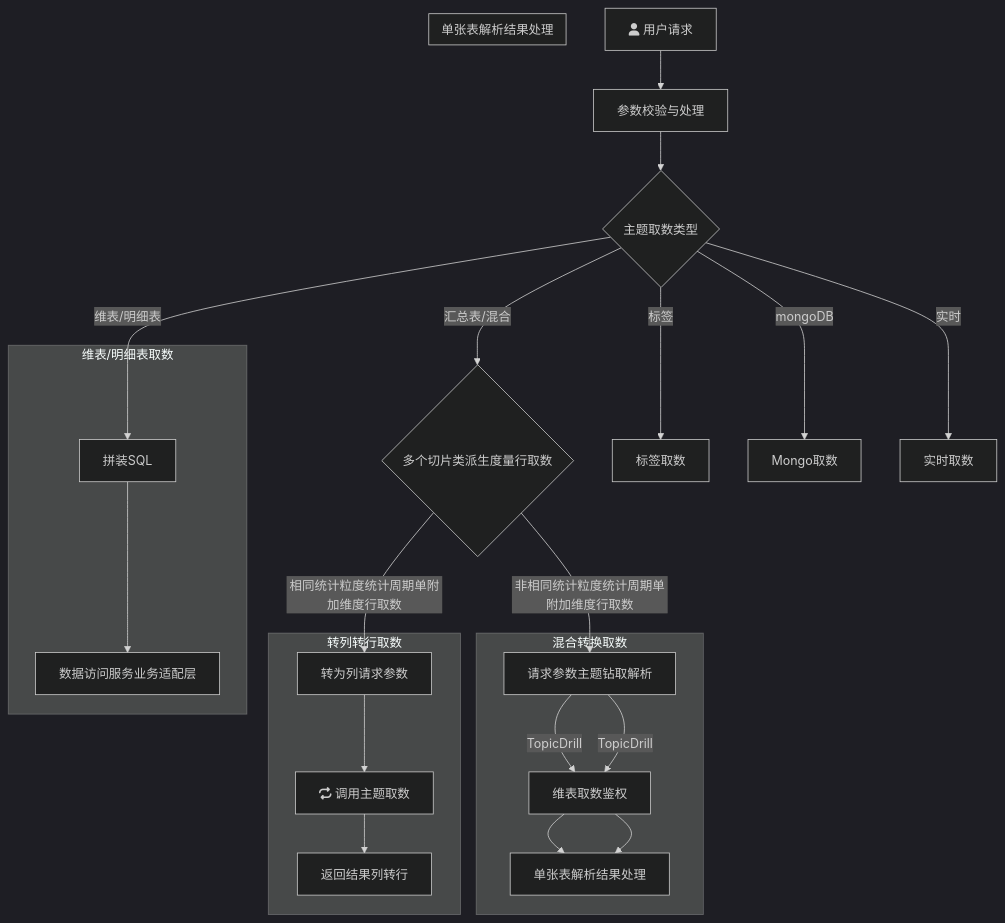
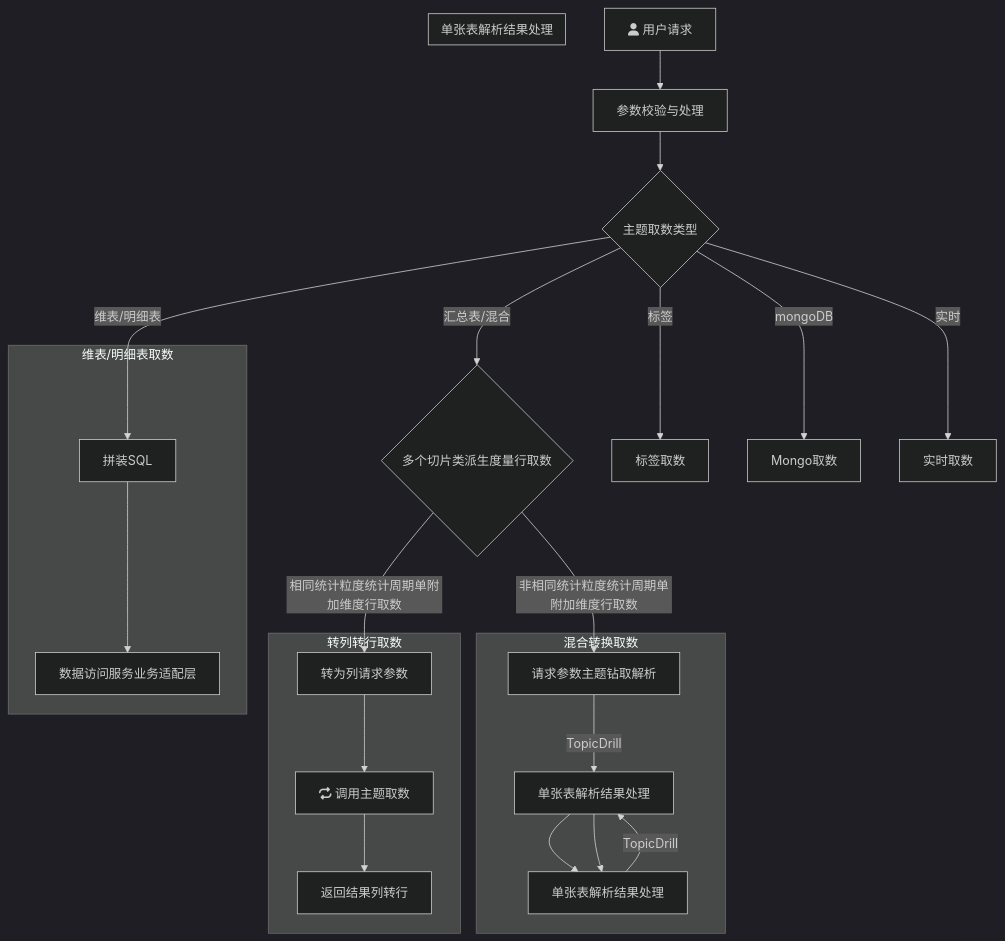
Before and after one commit to yanglosm/iodraw-files: the diagram in all/未命名.md, drawn with Mermaid (dark theme).

Commit message:
2024-11-29 18:45:13 update

````diff
--- a/all/未命名.md
+++ b/all/未命名.md
@@ -1,23 +1,23 @@
 ```mermaid
 flowchart TD
     A[fa:fa-user 用户请求] -->A1[参数校验与处理] --> B{主题取数类型}
     B -->|维表/明细表| D[拼装SQL]
     B -->|汇总表/混合| E{多个切片类派生度量行取数}
     B -->|标签| F[标签取数]
     B -->|mongoDB| G[Mongo取数]
     B -->|实时| H[实时取数]
     E -->|相同统计粒度统计周期单附加维度行取数| E1[转为列请求参数]
     E -->|非相同统计粒度统计周期单附加维度行取数| T1[请求参数主题钻取解析]
     subgraph 维表/明细表取数
     D-->D1[数据访问服务业务适配层]
     end
     subgraph 转列转行取数
     E1-->E11[fa:fa-repeat 调用主题取数]-->E12[返回结果列转行]
     end
     subgraph 混合转换取数
     T1-->|TopicDrill| T2[维表取数鉴权] --> T3[单张表解析结果处理]
     end
     subgraph 单张表解析结果处理
-    T1-->|TopicDrill| T2[维表取数鉴权] --> T3[单张表解析结果处理]
+    T3-->|TopicDrill| T2[单张表解析结果处理] --> T3[单张表解析结果处理]
     end
 ```
````
